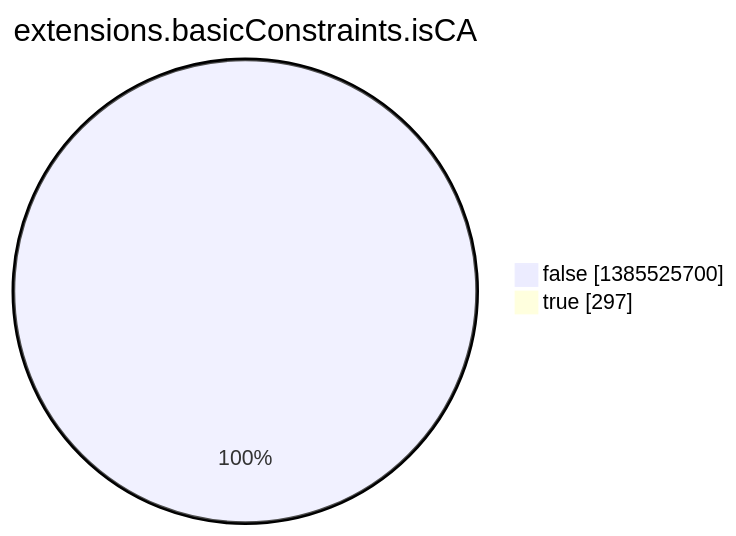
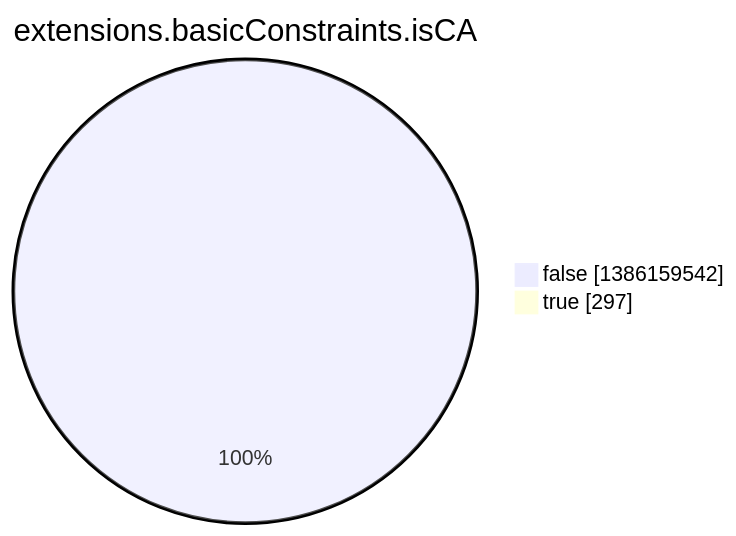
The eighth of 15 diagrams in argon2022/README.md (christiankrug/ctmonitor_visualization), drawn with Mermaid before and after one commit. The commit also changed other lines of this file, not shown here.

````diff
--- a/argon2022/README.md
+++ b/argon2022/README.md
@@ -2759,6 +2759,6 @@
 ```mermaid
 pie showData
 title extensions.basicConstraints.isCA
-"false" :1385525700
+"false" :1386159542
 "true" :297
 ```
````
